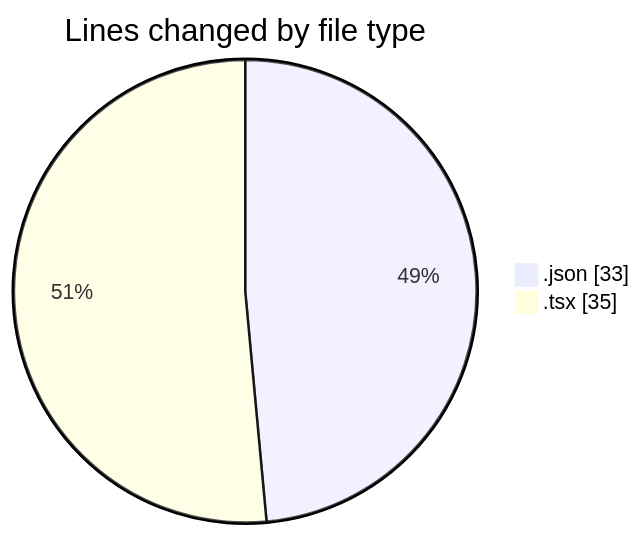
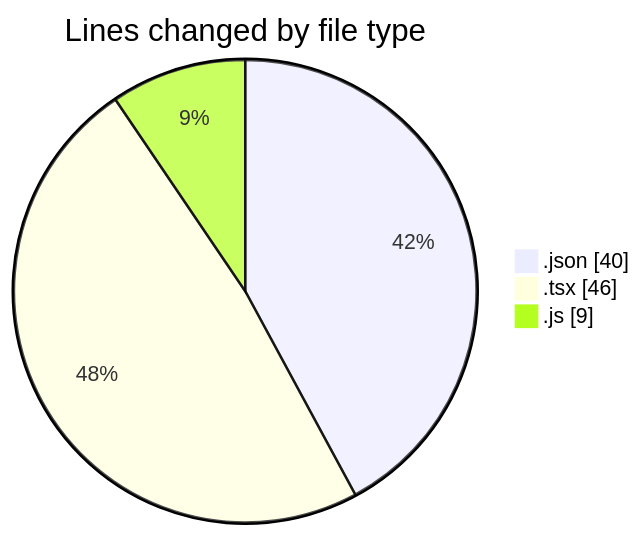
One commit to momahboobian/code-tracking changed the first of 2 diagrams in 2025-03-06/song-sieve/README.md. Above: the diagram before and after it, drawn with Mermaid. The commit also changed other lines of this file and 1 other file, not shown here.

````diff
--- a/2025-03-06/song-sieve/README.md
+++ b/2025-03-06/song-sieve/README.md
@@ -21,6 +24,7 @@
 ```mermaid
 pie showData
 title Lines changed by file type
-".json" : 33
-".tsx" : 35
+".json" : 40
+".tsx" : 46
+".js" : 9
 ```
````
